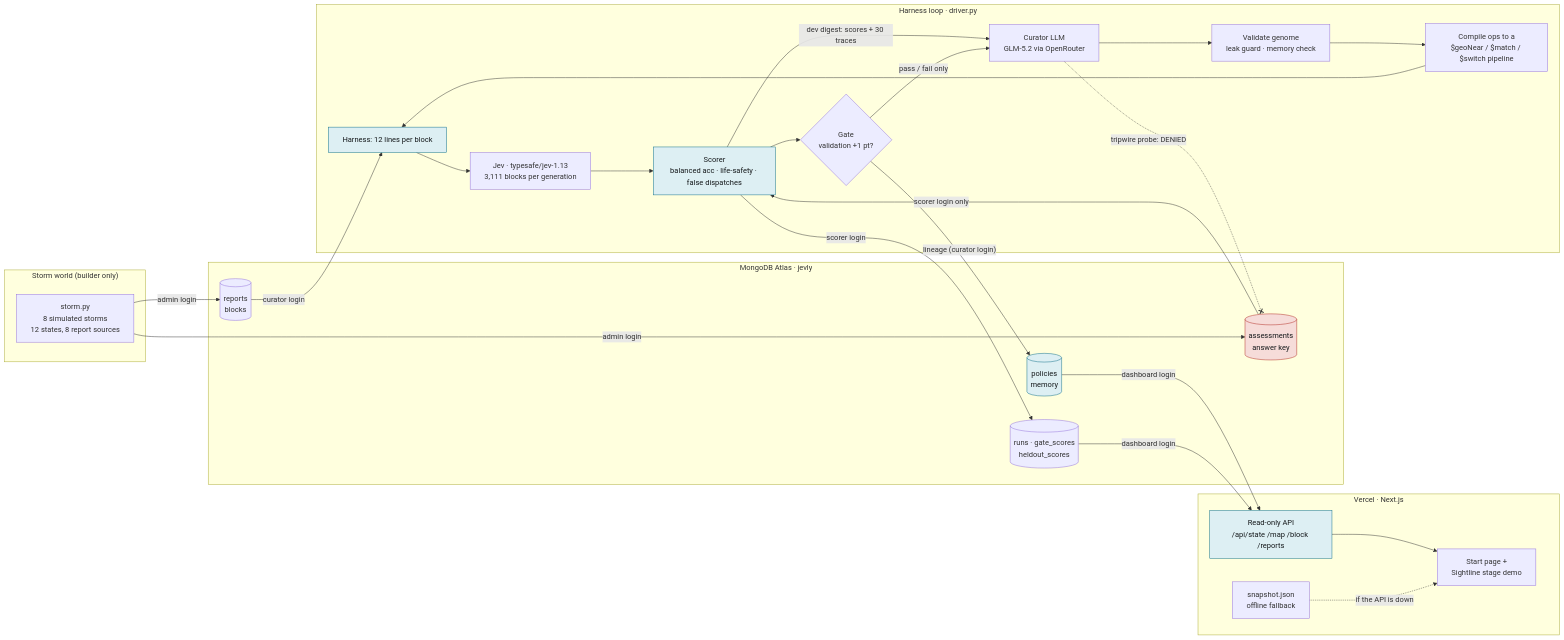
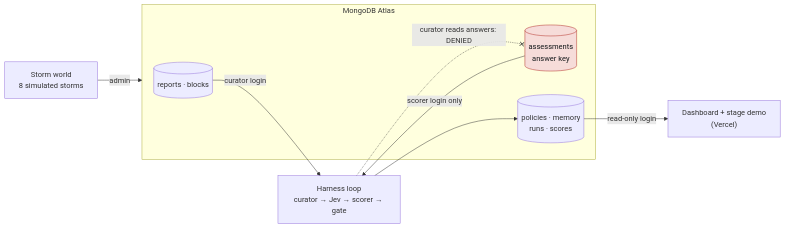
Before and after one commit to hughesbrayden/sightline: the first of 2 diagrams in DEMO.md, drawn with Mermaid. The commit also changed other lines of this file, not shown here.

First line of the commit message:
DEMO.md: robust harness loop, simpler architecture view, robust vs naive vs random results

````diff
--- a/DEMO.md
+++ b/DEMO.md
@@ -61,51 +70,17 @@
 ```mermaid
 flowchart LR
-  subgraph GEN["Storm world (builder only)"]
-    STORM["storm.py<br/>8 simulated storms<br/>12 states, 8 report sources"]
+  WORLD["Storm world<br/>8 simulated storms"] -- admin --> ATLAS
+  subgraph ATLAS["MongoDB Atlas"]
+    REP[("reports · blocks")]
+    KEY[("assessments<br/>answer key")]
+    MEM[("policies · memory<br/>runs · scores")]
   end
+  REP -- curator login --> LOOP["Harness loop<br/>curator → Jev → scorer → gate"]
+  KEY -- scorer login only --> LOOP
+  LOOP --> MEM
+  MEM -- read-only login --> APP["Dashboard + stage demo<br/>(Vercel)"]
+  LOOP -. "curator reads answers: DENIED" .-x KEY
 
-  subgraph ATLAS["MongoDB Atlas · jevly"]
-    REPORTS[("reports<br/>blocks")]
-    TRUTH[("assessments<br/>answer key")]
-    POL[("policies<br/>memory")]
-    RUNS[("runs · gate_scores<br/>heldout_scores")]
-  end
-
-  subgraph LOOP["Harness loop · driver.py"]
-    CUR["Curator LLM<br/>GLM-5.2 via OpenRouter"]
-    VAL["Validate genome<br/>leak guard · memory check"]
-    COMP["Compile ops to a<br/>$geoNear / $match / $switch pipeline"]
-    CTX["Harness: 12 lines per block"]
-    JEV["Jev · typesafe/jev-1.13<br/>3,111 blocks per generation"]
-    SCORE["Scorer<br/>balanced acc · life-safety · false dispatches"]
-    GATE{"Gate<br/>validation +1 pt?"}
-  end
-
-  subgraph WEB["Vercel · Next.js"]
-    API["Read-only API<br/>/api/state /map /block /reports"]
-    UI["Start page +<br/>Sightline stage demo"]
-    SNAP["snapshot.json<br/>offline fallback"]
-  end
-
-  STORM -- "admin login" --> REPORTS
-  STORM -- "admin login" --> TRUTH
-  CUR --> VAL --> COMP --> CTX
-  REPORTS -- "curator login" --> CTX
-  CTX --> JEV --> SCORE
-  TRUTH -- "scorer login only" --> SCORE
-  SCORE -- "dev digest: scores + 30 traces" --> CUR
-  SCORE --> GATE
-  GATE -- "pass / fail only" --> CUR
-  GATE -- "lineage (curator login)" --> POL
-  SCORE -- "scorer login" --> RUNS
-  POL -- "dashboard login" --> API
-  RUNS -- "dashboard login" --> API
-  API --> UI
-  SNAP -. "if the API is down" .-> UI
-  CUR -. "tripwire probe: DENIED" .-x TRUTH
-
-  classDef locked fill:#ddeff3,stroke:#0a6c86,color:#15191b;
   classDef answer fill:#f6dcd9,stroke:#b0271f,color:#15191b;
-  class CTX,SCORE,API,POL locked;
-  class TRUTH answer;
+  class KEY answer;
 ```
````
